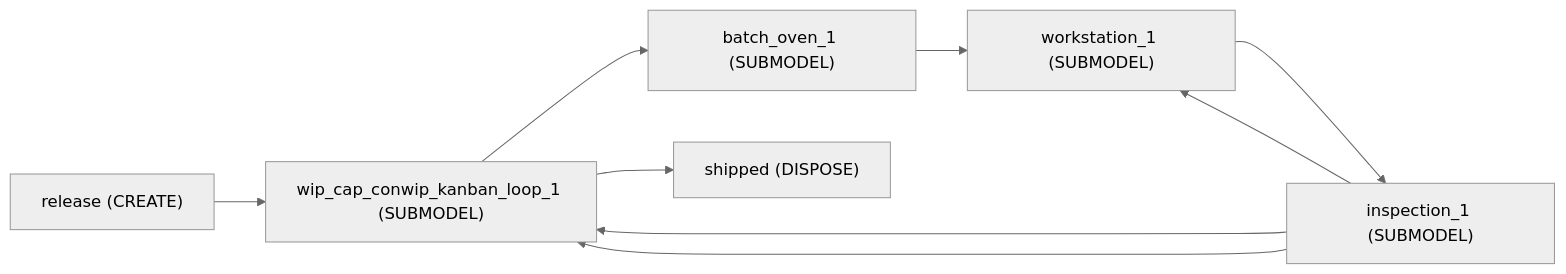
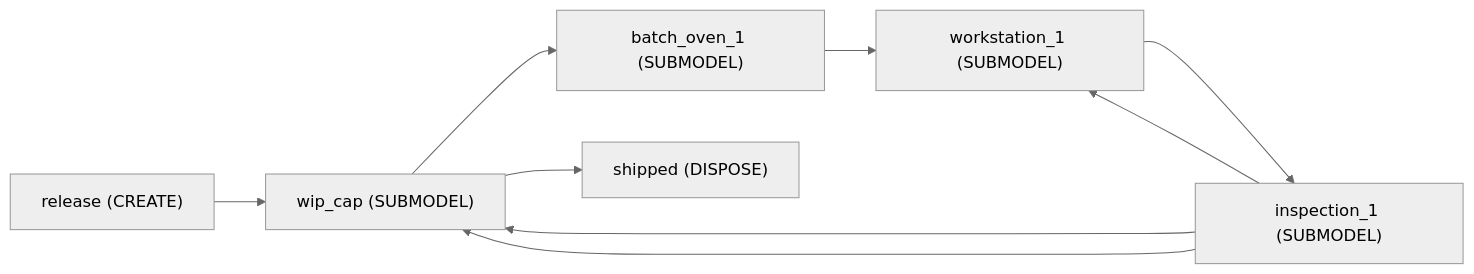
Before and after one commit to TheMattHub/naga: the eighth of 12 diagrams in docs/gallery/manufacturing.md, drawn with Mermaid (neutral theme). The commit also changed 45 other files, not shown here.

````diff
--- a/docs/gallery/manufacturing.md
+++ b/docs/gallery/manufacturing.md
@@ -296,17 +296,17 @@
 ```mermaid
 flowchart LR
     b0["release (CREATE)"]
-    b1["wip_cap_conwip_kanban_loop_1 (SUBMODEL)"]
+    b1["wip_cap (SUBMODEL)"]
     b2["batch_oven_1 (SUBMODEL)"]
     b3["workstation_1 (SUBMODEL)"]
     b4["inspection_1 (SUBMODEL)"]
     b5["shipped (DISPOSE)"]
     b0 --> b1
     b1 --> b2
     b2 --> b3
     b3 --> b4
     b4 --> b1
     b4 --> b3
     b4 --> b1
     b1 --> b5
 ```
````
